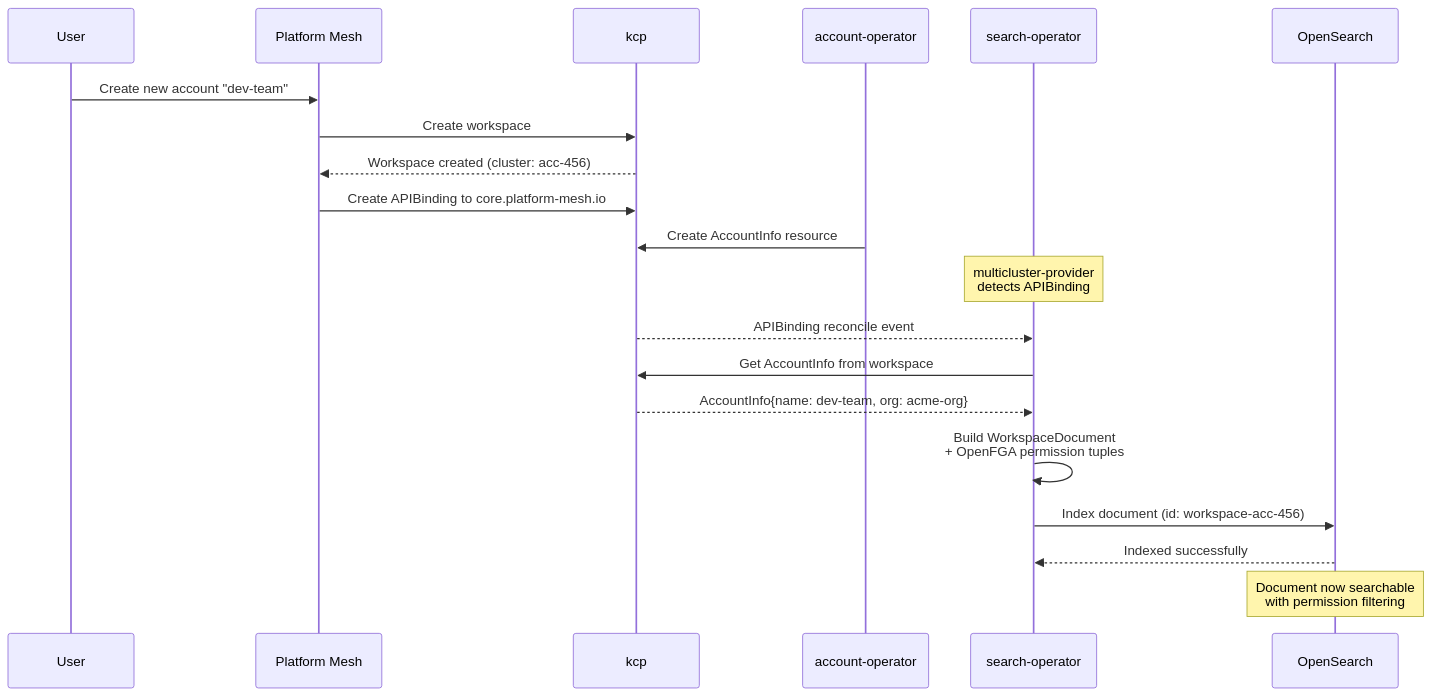
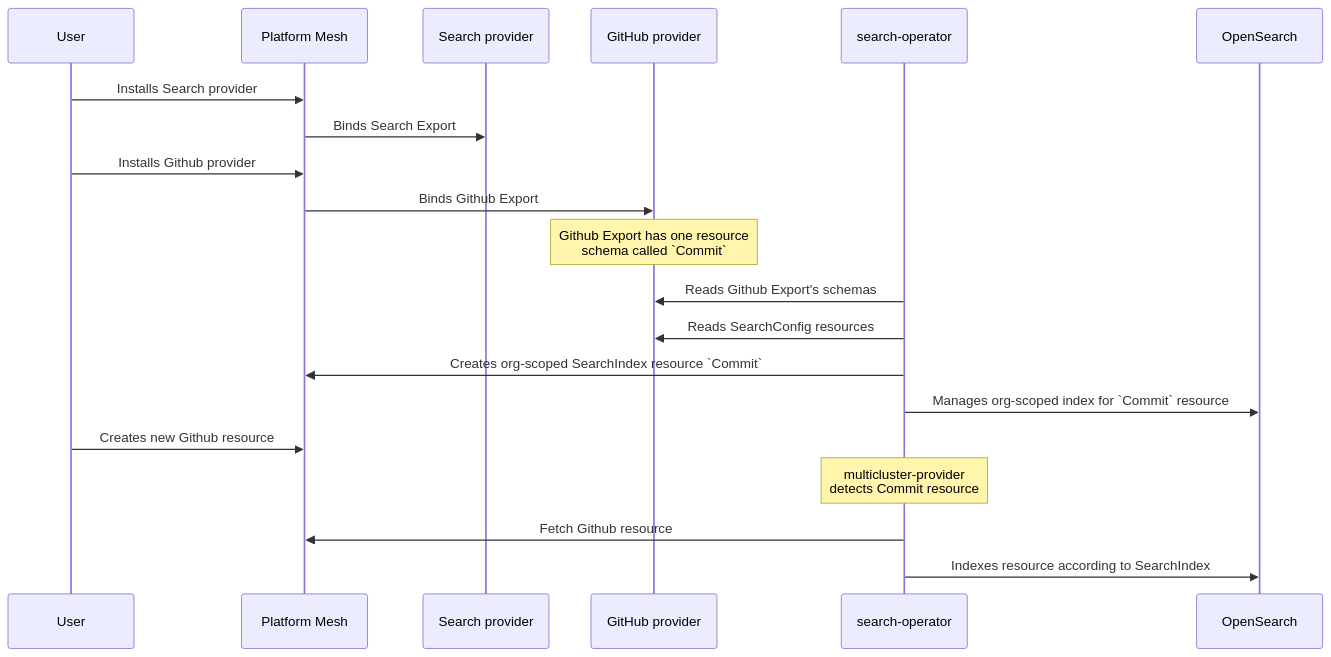
The diagram in operators/search-operator/README.md (SheryarButt/platform-mesh), drawn with Mermaid before and after one commit. The commit also changed other lines of this file and 1 other file, not shown here.

First line of the commit message:
chore: update README and diagrams for Search Operator

````diff
--- a/operators/search-operator/README.md
+++ b/operators/search-operator/README.md
@@ -52,29 +19,23 @@
 ```mermaid
 sequenceDiagram
     participant User
     participant Platform as Platform Mesh
-    participant kcp as kcp
-    participant AccOp as account-operator
+    participant SProv as Search provider
+    participant GHProv as GitHub provider
     participant SearchOp as search-operator
     participant OS as OpenSearch
 
-    User->>Platform: Create new account "dev-team"
-    Platform->>kcp: Create workspace
-    kcp-->>Platform: Workspace created (cluster: acc-456)
-
-    Platform->>kcp: Create APIBinding to core.platform-mesh.io
-    AccOp->>kcp: Create AccountInfo resource
-
-    Note over SearchOp: multicluster-provider<br/>detects APIBinding
-
-    kcp-->>SearchOp: APIBinding reconcile event
-    SearchOp->>kcp: Get AccountInfo from workspace
-    kcp-->>SearchOp: AccountInfo{name: dev-team, org: acme-org}
-
-    SearchOp->>SearchOp: Build WorkspaceDocument<br/>+ OpenFGA permission tuples
-
-    SearchOp->>OS: Index document (id: workspace-acc-456)
-    OS-->>SearchOp: Indexed successfully
-
-    Note over OS: Document now searchable<br/>with permission filtering
+    User->>Platform: Installs Search provider
+    Platform->>SProv: Binds Search Export
+    User->>Platform: Installs Github provider
+    Platform->>GHProv: Binds Github Export
+    Note over GHProv: Github Export has one resource<br/>schema called `Commit`
+    SearchOp->>GHProv: Reads Github Export's schemas
+    SearchOp->>GHProv: Reads SearchConfig resources
+    SearchOp->>Platform: Creates org-scoped SearchIndex resource `Commit`
+    SearchOp->>OS: Manages org-scoped index for `Commit` resource
+    User->>Platform: Creates new Github resource
+    Note over SearchOp: multicluster-provider<br/>detects Commit resource
+    SearchOp->>Platform: Fetch Github resource
+    SearchOp->>OS: Indexes resource according to SearchIndex
 ```
````
